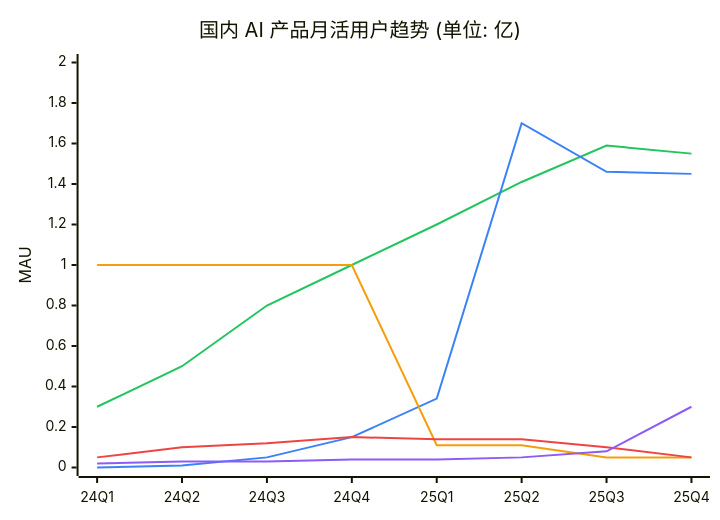
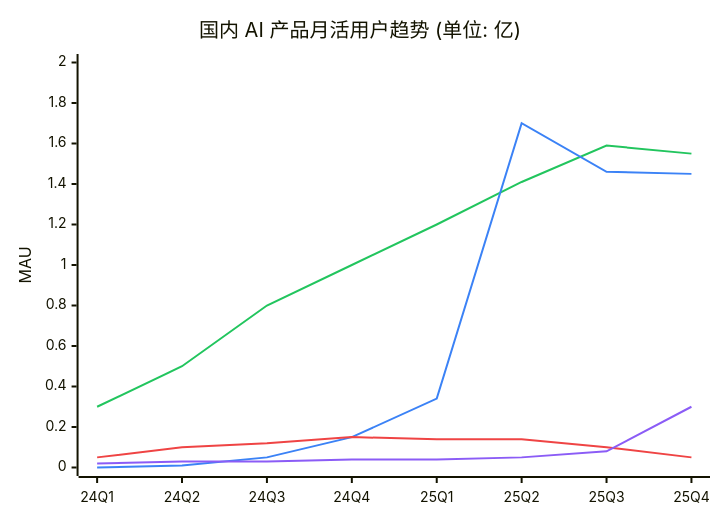
The second of 2 diagrams in notes/ai-fundamentals/ai-models.md (exposir/ai-talk), drawn with Mermaid before and after one commit. The commit also changed other lines of this file, not shown here.

````diff
--- a/notes/ai-fundamentals/ai-models.md
+++ b/notes/ai-fundamentals/ai-models.md
@@ -634,17 +634,16 @@
 ```mermaid
 ---
 config:
   themeVariables:
     xyChart:
-      plotColorPalette: "#22c55e, #3b82f6, #f59e0b, #ef4444, #8b5cf6"
+      plotColorPalette: "#22c55e, #3b82f6, #ef4444, #8b5cf6"
 ---
 xychart-beta
     title "国内 AI 产品月活用户趋势 (单位: 亿)"
     x-axis ["24Q1", "24Q2", "24Q3", "24Q4", "25Q1", "25Q2", "25Q3", "25Q4"]
     y-axis "MAU" 0 --> 2
     line [0.3, 0.5, 0.8, 1, 1.2, 1.41, 1.59, 1.55]
     line [0, 0.01, 0.05, 0.15, 0.34, 1.7, 1.46, 1.45]
-    line [1, 1, 1, 1, 0.11, 0.11, 0.05, 0.05]
     line [0.05, 0.1, 0.12, 0.15, 0.14, 0.14, 0.1, 0.05]
     line [0.02, 0.03, 0.03, 0.04, 0.04, 0.05, 0.08, 0.3]
 ```
````
